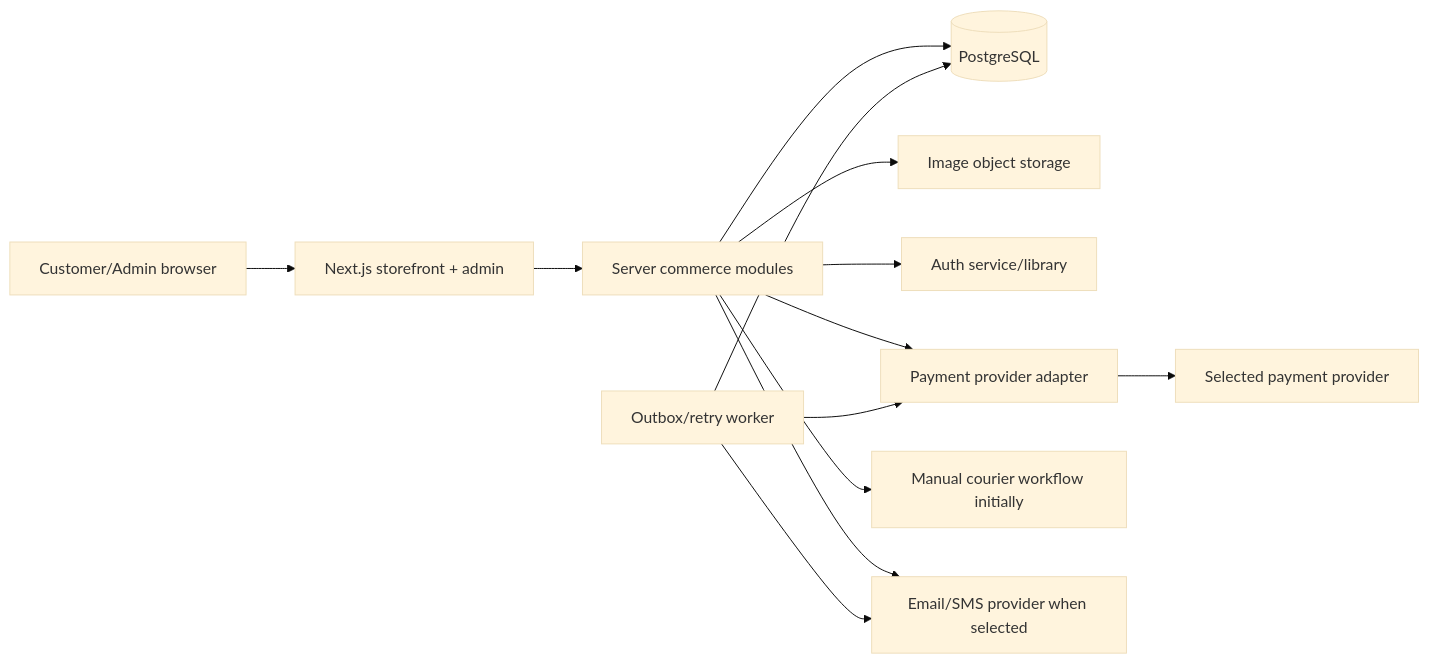
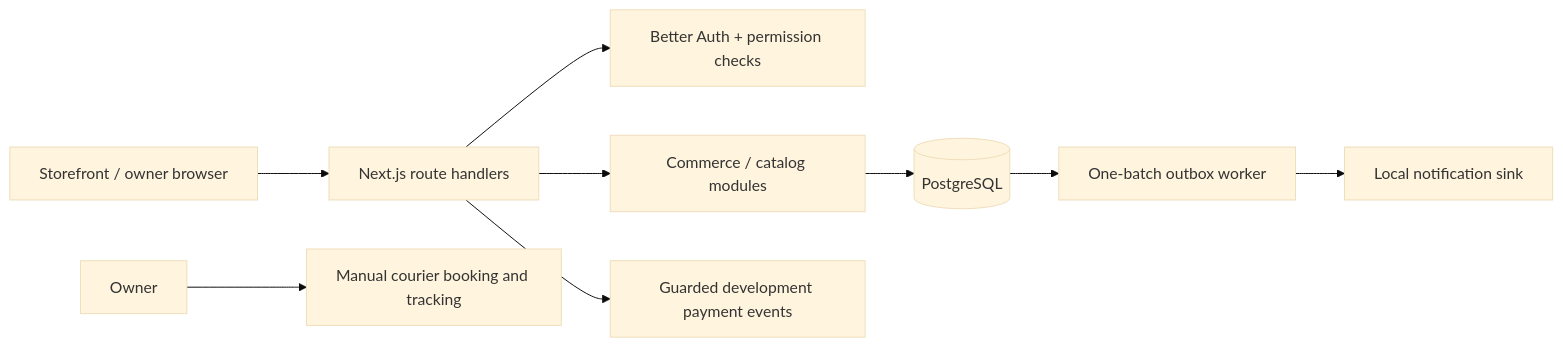
The diagram in docs/Architecture.md (TanvirJahan001/AI-Ecommerce), drawn with Mermaid (base theme) before and after one commit. The commit also changed other lines of this file and 90 other files, not shown here.

````diff
--- a/docs/Architecture.md
+++ b/docs/Architecture.md
@@ -15,15 +9,11 @@
 ```mermaid
 flowchart LR
- Browser[Customer/Admin browser] --> Web[Next.js storefront + admin]
- Web --> Core[Server commerce modules]
+ Browser[Storefront / owner browser] --> Routes[Next.js route handlers]
+ Routes --> Auth[Better Auth + permission checks]
+ Routes --> Core[Commerce / catalog modules]
  Core --> DB[(PostgreSQL)]
- Core --> Blob[Image object storage]
- Core --> Auth[Auth service/library]
- Core --> Pay[Payment provider adapter]
- Pay --> Gateway[Selected payment provider]
- Core --> Courier[Manual courier workflow initially]
- Core --> Notify[Email/SMS provider when selected]
- Worker[Outbox/retry worker] --> DB
- Worker --> Pay
- Worker --> Notify
+ Routes --> Dev[Guarded development payment events]
+ DB --> Worker[One-batch outbox worker]
+ Worker --> Sink[Local notification sink]
+ Owner[Owner] --> Courier[Manual courier booking and tracking]
 ```
````
